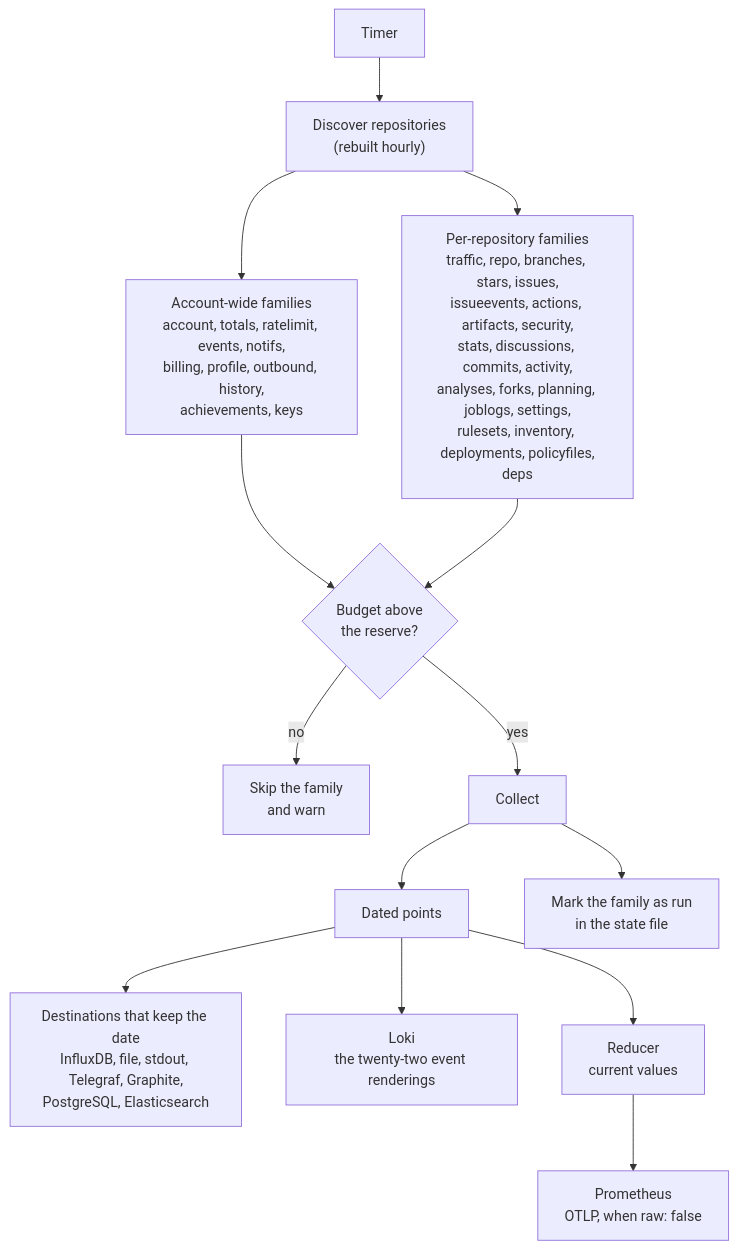
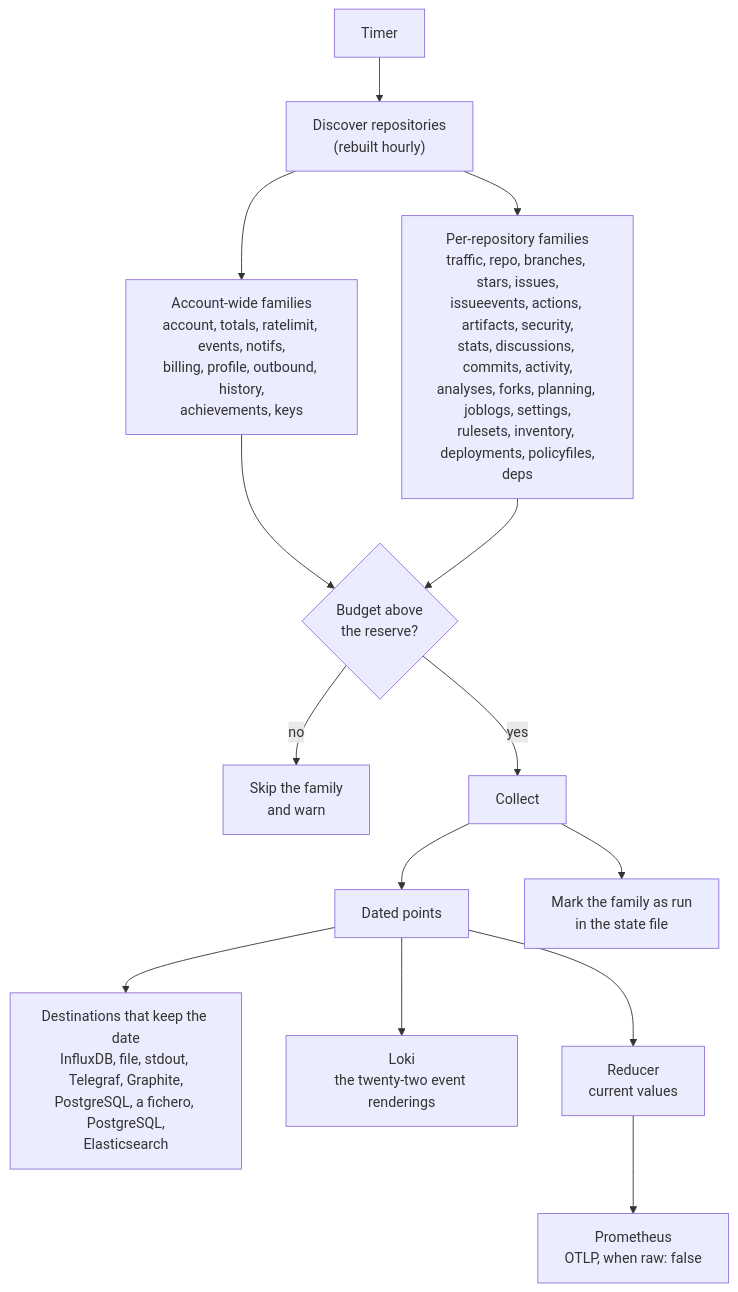
One commit to actions-marketplace-validations/jmrplens_ghchronicle changed the diagram in docs/how-it-works.md. Above: the diagram before and after it, drawn with Mermaid. The commit also changed 41 other files, not shown here.

````diff
--- a/docs/how-it-works.md
+++ b/docs/how-it-works.md
@@ -18,17 +18,17 @@
 ```mermaid
 %% Generated by site/scripts/gen-figures.mjs from internal/config/config.go and internal/run/runner.go
 flowchart TD
     T["Timer"] --> D["Discover repositories<br/>(rebuilt hourly)"]
     D --> A["Account-wide families<br/>account, totals, ratelimit, events, notifs,<br/>billing, profile, outbound, history,<br/>achievements, keys"]
     D --> R["Per-repository families<br/>traffic, repo, branches, stars, issues,<br/>issueevents, actions, artifacts, security,<br/>stats, discussions, commits, activity,<br/>analyses, forks, planning, joblogs, settings,<br/>rulesets, inventory, deployments, policyfiles,<br/>deps"]
     A --> B{"Budget above<br/>the reserve?"}
     R --> B
     B -- "no" --> S["Skip the family<br/>and warn"]
     B -- "yes" --> C["Collect"]
     C --> P["Dated points"]
-    P --> H["Destinations that keep the date<br/>InfluxDB, file, stdout, Telegraf, Graphite,<br/>PostgreSQL, Elasticsearch"]
+    P --> H["Destinations that keep the date<br/>InfluxDB, file, stdout, Telegraf, Graphite,<br/>PostgreSQL, a fichero, PostgreSQL,<br/>Elasticsearch"]
     P --> L["Loki<br/>the twenty-two event renderings"]
     P --> RD["Reducer<br/>current values"]
     RD --> G["Prometheus<br/>OTLP, when raw: false"]
     C --> M["Mark the family as run<br/>in the state file"]
 ```
````
